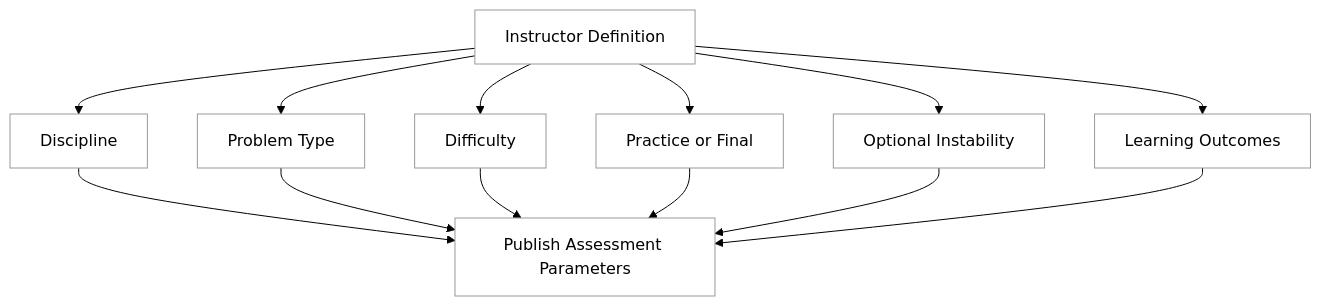
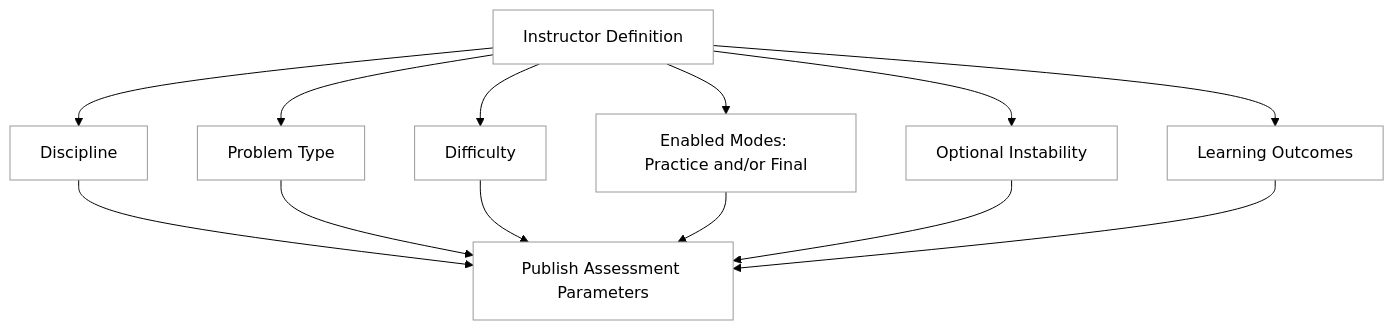
The first of 3 diagrams in design/disciplinaryReasoningAssessment.md (leesjensen/masteryls), drawn with Mermaid before and after one commit. The commit also changed other lines of this file and 5 other files, not shown here.

````diff
--- a/design/disciplinaryReasoningAssessment.md
+++ b/design/disciplinaryReasoningAssessment.md
@@ -424,20 +430,20 @@
 ```mermaid
 %%{init: { 'theme': 'neutral', 'themeVariables': { 'mainBkg': '#ffffff', 'lineColor': '#000000', 'primaryTextColor': '#000000', 'actorBorder': '#000000', 'participantBorder': '#000000', 'noteBorderColor': '#000000' } }}%%
 flowchart TD
 
 A[Instructor Definition]
 
 A --> B[Discipline]
 A --> C[Problem Type]
 A --> D[Difficulty]
-A --> E[Practice or Final]
+A --> E[Enabled Modes: Practice and/or Final]
 A --> F[Optional Instability]
 A --> G[Learning Outcomes]
 
 B --> Q[Publish Assessment Parameters]
 C --> Q
 D --> Q
 E --> Q
 F --> Q
 G --> Q
 ```
````
